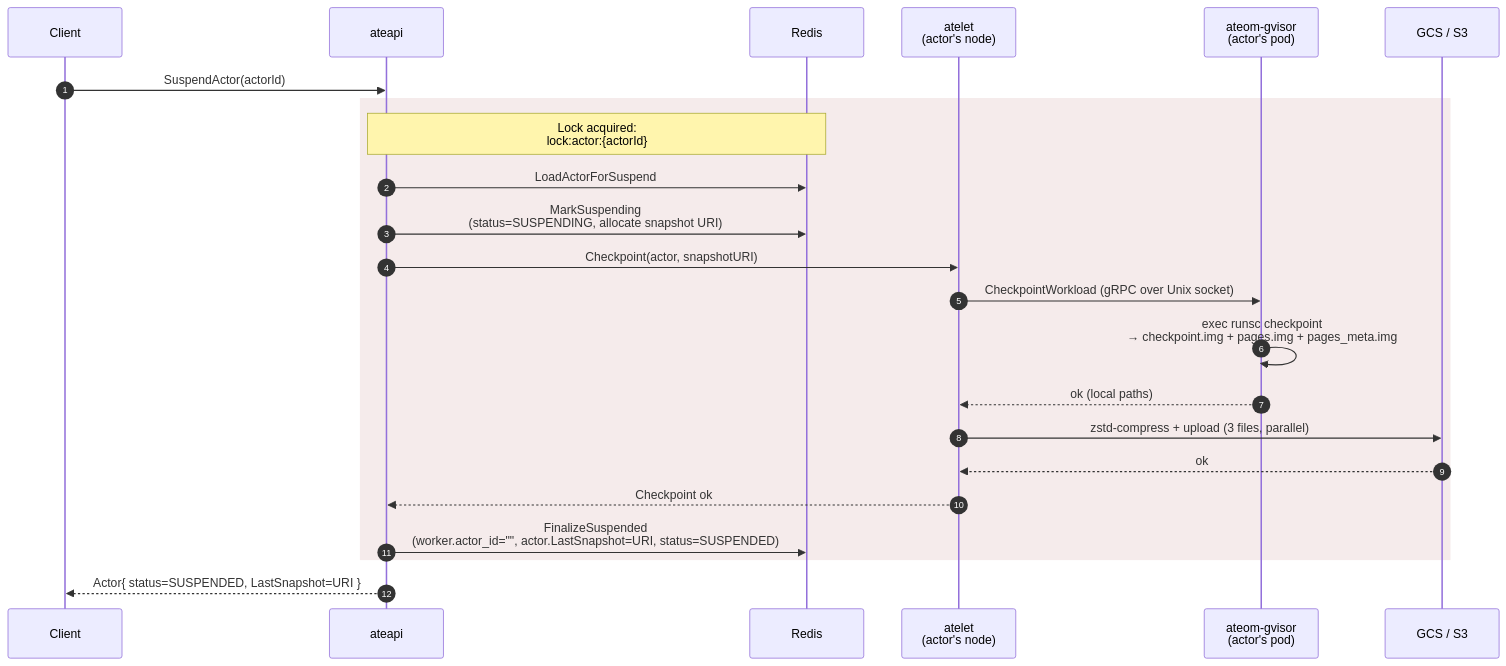
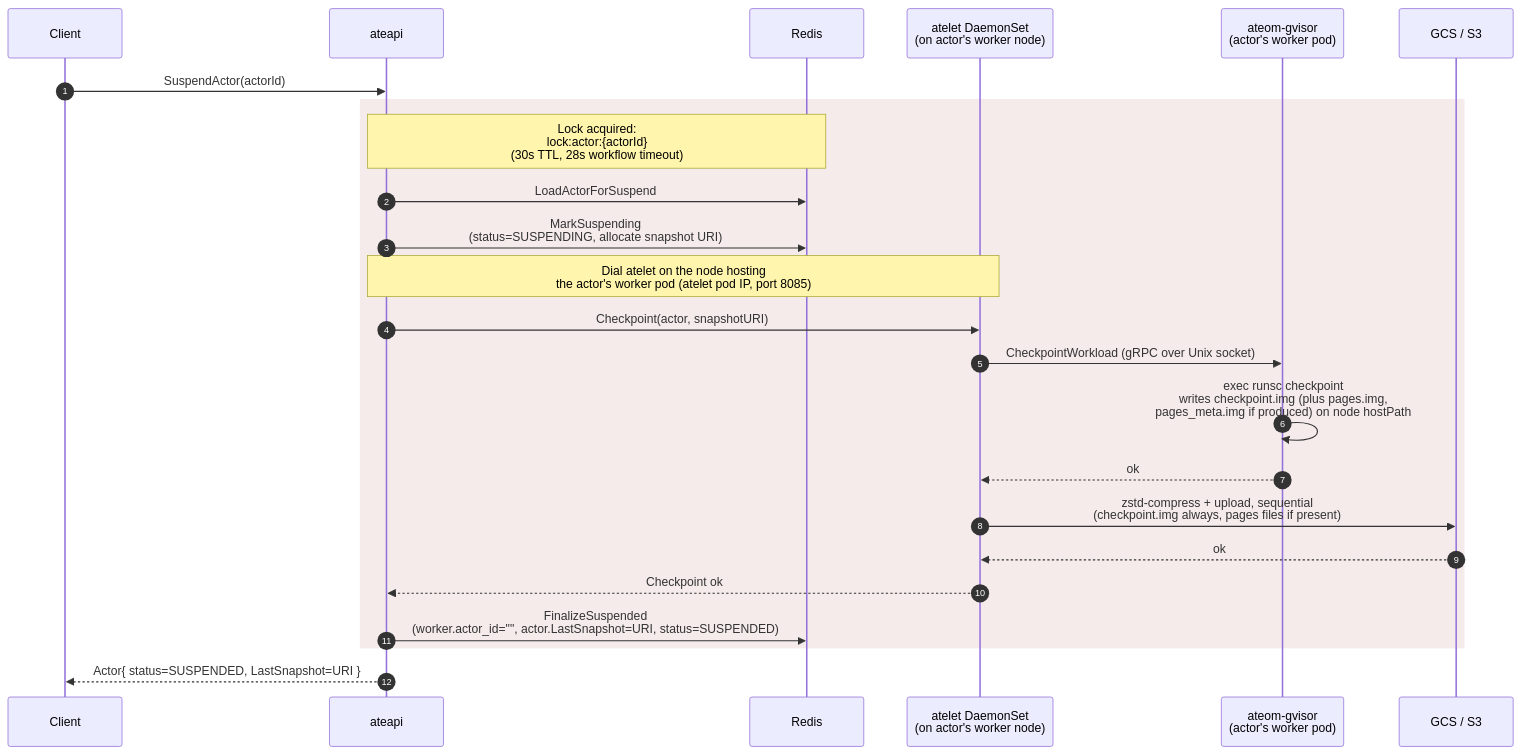
One commit to christian-posta/substrate changed the diagram in atlas/src/content/docs/flows/suspend-actor.mdx. Above: the diagram before and after it, drawn with Mermaid. The commit also changed other lines of this file and 3 other files, not shown here.

````diff
--- a/atlas/src/content/docs/flows/suspend-actor.mdx
+++ b/atlas/src/content/docs/flows/suspend-actor.mdx
@@ -14,31 +14,32 @@
 ```mermaid
 sequenceDiagram
   autonumber
   participant C as Client
   participant A as ateapi
   participant R as Redis
-  participant L as atelet<br/>(actor's node)
-  participant O as ateom-gvisor<br/>(actor's pod)
+  participant L as atelet DaemonSet<br/>(on actor's worker node)
+  participant O as ateom-gvisor<br/>(actor's worker pod)
   participant G as GCS / S3
 
   C->>A: SuspendActor(actorId)
 
   rect rgb(245,235,235)
-    Note over A,R: Lock acquired:<br/>lock:actor:{actorId}
+    Note over A,R: Lock acquired:<br/>lock:actor:{actorId}<br/>(30s TTL, 28s workflow timeout)
 
     A->>R: LoadActorForSuspend
     A->>R: MarkSuspending<br/>(status=SUSPENDING, allocate snapshot URI)
 
+    Note over A,L: Dial atelet on the node hosting<br/>the actor's worker pod (atelet pod IP, port 8085)
     A->>L: Checkpoint(actor, snapshotURI)
     L->>O: CheckpointWorkload (gRPC over Unix socket)
-    O->>O: exec runsc checkpoint<br/>→ checkpoint.img + pages.img + pages_meta.img
-    O-->>L: ok (local paths)
-    L->>G: zstd-compress + upload (3 files, parallel)
+    O->>O: exec runsc checkpoint<br/>writes checkpoint.img (plus pages.img,<br/>pages_meta.img if produced) on node hostPath
+    O-->>L: ok
+    L->>G: zstd-compress + upload, sequential<br/>(checkpoint.img always, pages files if present)
     G-->>L: ok
     L-->>A: Checkpoint ok
 
     A->>R: FinalizeSuspended<br/>(worker.actor_id="", actor.LastSnapshot=URI, status=SUSPENDED)
   end
 
   A-->>C: Actor{ status=SUSPENDED, LastSnapshot=URI }
 ```
````
